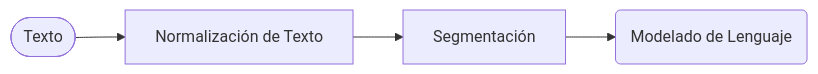
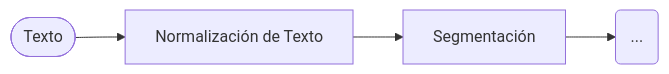
Before and after one commit to INGEOTEC/PLN: the diagram in capitulos/02ManejandoTexto.qmd, drawn with Mermaid. The commit also changed other lines of this file and 1 other file, not shown here.

````diff
--- a/capitulos/02ManejandoTexto.qmd
+++ b/capitulos/02ManejandoTexto.qmd
@@ -38,10 +39,10 @@
 ```{mermaid}
 %%| echo: false
 %%| fig-cap: Diagrama de Pre-procesamiento
 %%| label: fig-pre-procesamiento
 
 flowchart LR
     I([Texto]) -->  A[Normalización de Texto]
     A --> B[Segmentación]
-    B --> C(Modelado de Lenguaje)
+    B --> C(...)
 ```
````
